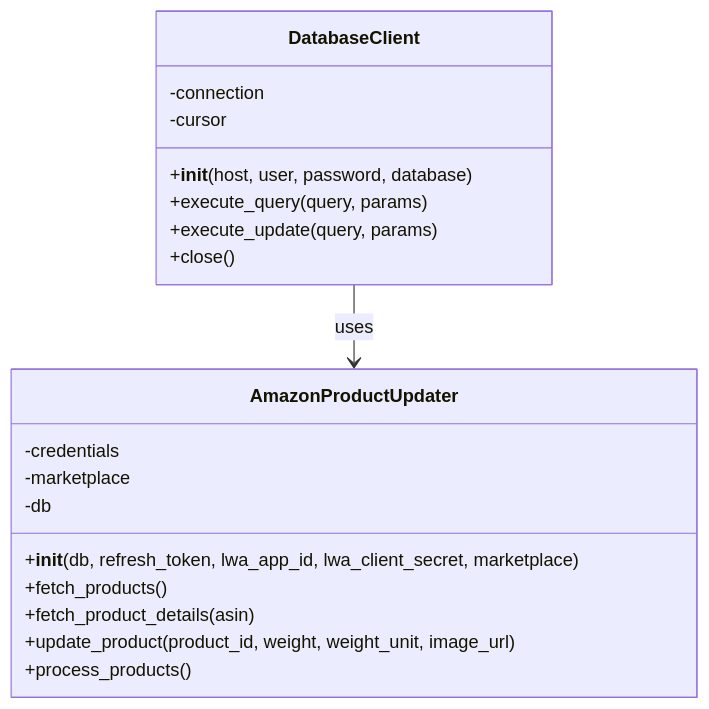
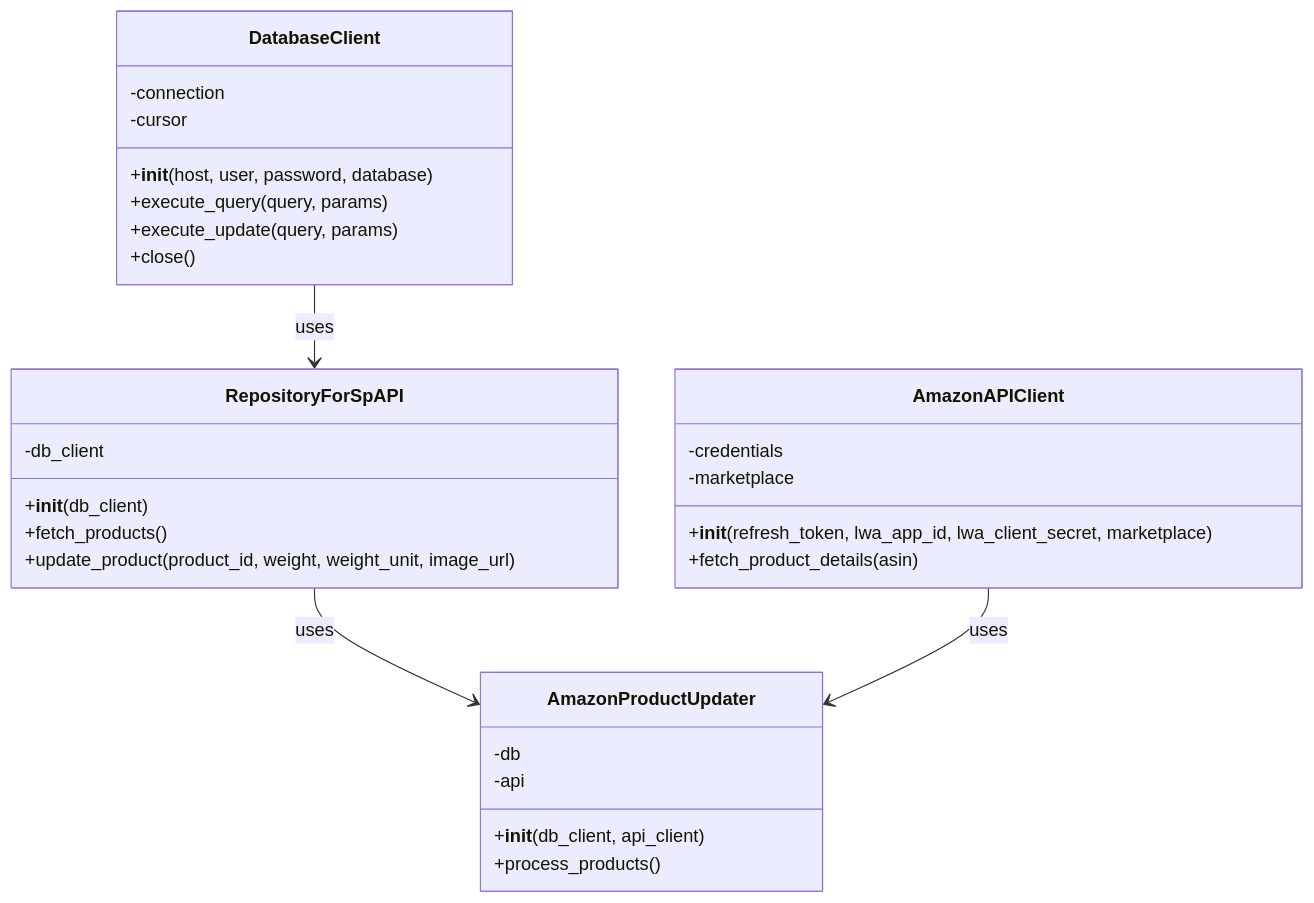
One commit to Hanato238/ASIN_search_dev changed the diagram in CLS/research_CLS_get_details.md. Above: the diagram before and after it, drawn with Mermaid. The commit also changed 20 other files, not shown here.

````diff
--- a/CLS/research_CLS_get_details.md
+++ b/CLS/research_CLS_get_details.md
@@ -1,25 +1,37 @@
 ```mermaid
 classDiagram
     class DatabaseClient {
         -connection
         -cursor
         +__init__(host, user, password, database)
         +execute_query(query, params)
         +execute_update(query, params)
         +close()
     }
 
-    class AmazonProductUpdater {
+    class RepositoryForSpAPI {
+        -db_client
+        +__init__(db_client)
+        +fetch_products()
+        +update_product(product_id, weight, weight_unit, image_url)
+    }
+
+    class AmazonAPIClient {
         -credentials
         -marketplace
+        +__init__(refresh_token, lwa_app_id, lwa_client_secret, marketplace)
+        +fetch_product_details(asin)
+    }
+
+    class AmazonProductUpdater {
         -db
-        +__init__(db, refresh_token, lwa_app_id, lwa_client_secret, marketplace)
-        +fetch_products()
-        +fetch_product_details(asin)
-        +update_product(product_id, weight, weight_unit, image_url)
+        -api
+        +__init__(db_client, api_client)
         +process_products()
     }
 
-    DatabaseClient --> AmazonProductUpdater : uses
+    DatabaseClient --> RepositoryForSpAPI : uses
+    RepositoryForSpAPI --> AmazonProductUpdater : uses
+    AmazonAPIClient --> AmazonProductUpdater : uses
 
 ```
````
